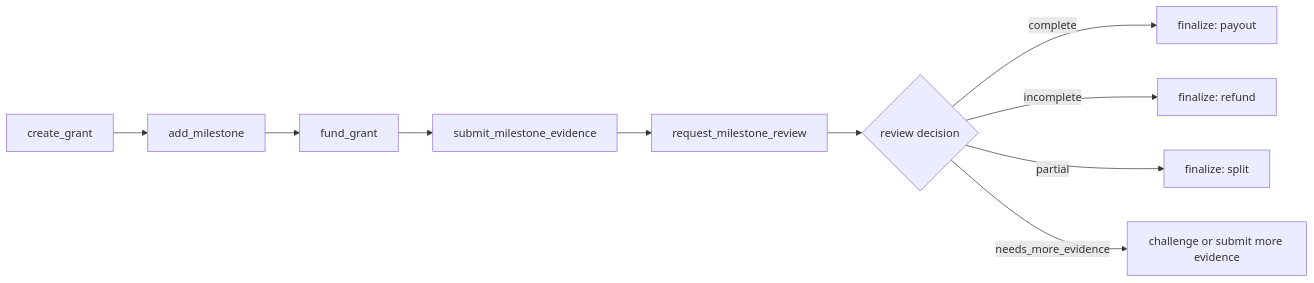
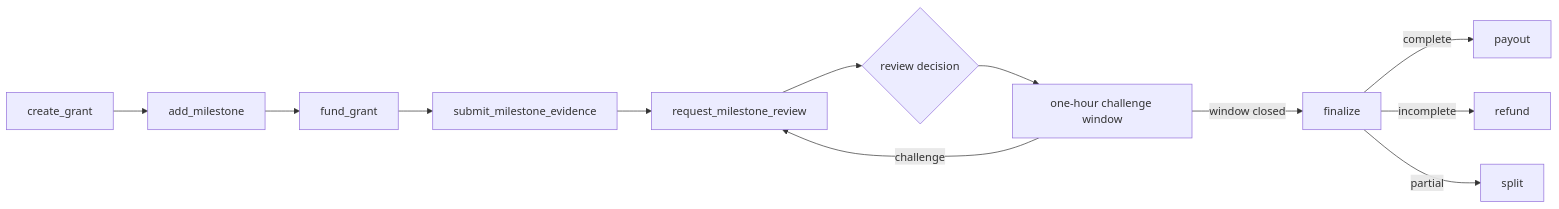
One commit to Manablaq/genlayer-verigrant changed the diagram in README.md. Above: the diagram before and after it, drawn with Mermaid. The commit also changed other lines of this file and 9 other files, not shown here.

````diff
--- a/README.md
+++ b/README.md
@@ -112,12 +129,14 @@
 ```mermaid
 flowchart LR
   A["create_grant"] --> B["add_milestone"]
   B --> C["fund_grant"]
   C --> D["submit_milestone_evidence"]
   D --> E["request_milestone_review"]
   E --> F{"review decision"}
-  F -->|complete| G["finalize: payout"]
-  F -->|incomplete| H["finalize: refund"]
-  F -->|partial| I["finalize: split"]
-  F -->|needs_more_evidence| J["challenge or submit more evidence"]
+  F --> J["one-hour challenge window"]
+  J -->|challenge| E
+  J -->|window closed| K["finalize"]
+  K -->|complete| G["payout"]
+  K -->|incomplete| H["refund"]
+  K -->|partial| I["split"]
 ```
````
